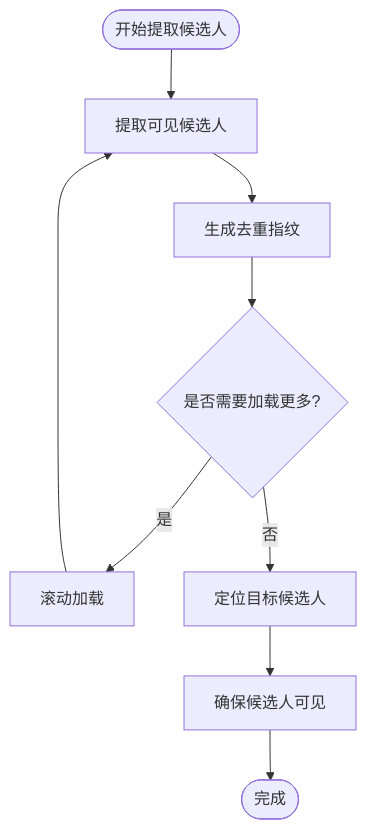
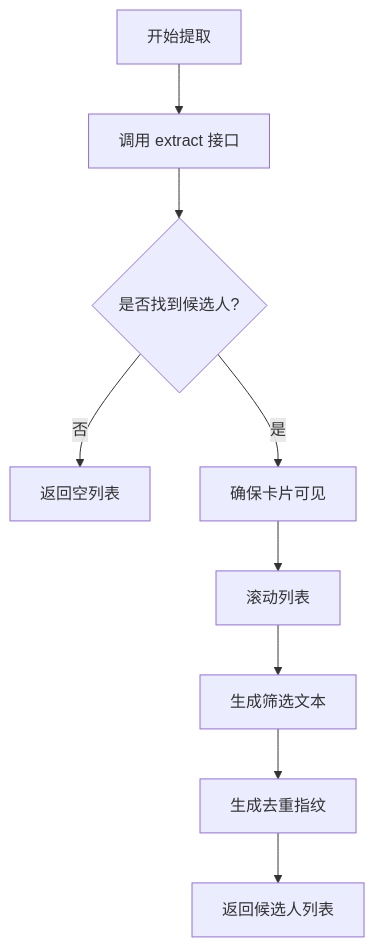
The sixth of 10 diagrams in .qoder/repowiki/zh/content/系统架构/本地Agent架构/平台适配器系统/智联招聘适配器.md (alvinwangzi/goodhr), drawn with Mermaid before and after one commit. The commit also changed other lines of this file and 149 other files, not shown here.

````diff
--- a/.qoder/repowiki/zh/content/系统架构/本地Agent架构/平台适配器系统/智联招聘适配器.md
+++ b/.qoder/repowiki/zh/content/系统架构/本地Agent架构/平台适配器系统/智联招聘适配器.md
@@ -221,11 +253,11 @@
 ```mermaid
 flowchart TD
-Start(["开始提取候选人"]) --> Extract["提取可见候选人"]
-Extract --> Fingerprint["生成去重指纹"]
-Fingerprint --> ScrollMore{"是否需要加载更多?"}
-ScrollMore --> |是| Advance["滚动加载"]
-ScrollMore --> |否| Locate["定位目标候选人"]
-Advance --> Extract
-Locate --> EnsureVisible["确保候选人可见"]
-EnsureVisible --> End(["完成"])
+S["开始提取"] --> E["调用 extract 接口"]
+E --> L{"是否找到候选人?"}
+L --> |否| R["返回空列表"]
+L --> |是| V["确保卡片可见"]
+V --> Scroll["滚动列表"]
+Scroll --> Normalize["生成筛选文本"]
+Normalize --> Fingerprint["生成去重指纹"]
+Fingerprint --> Done["返回候选人列表"]
 ```
````
